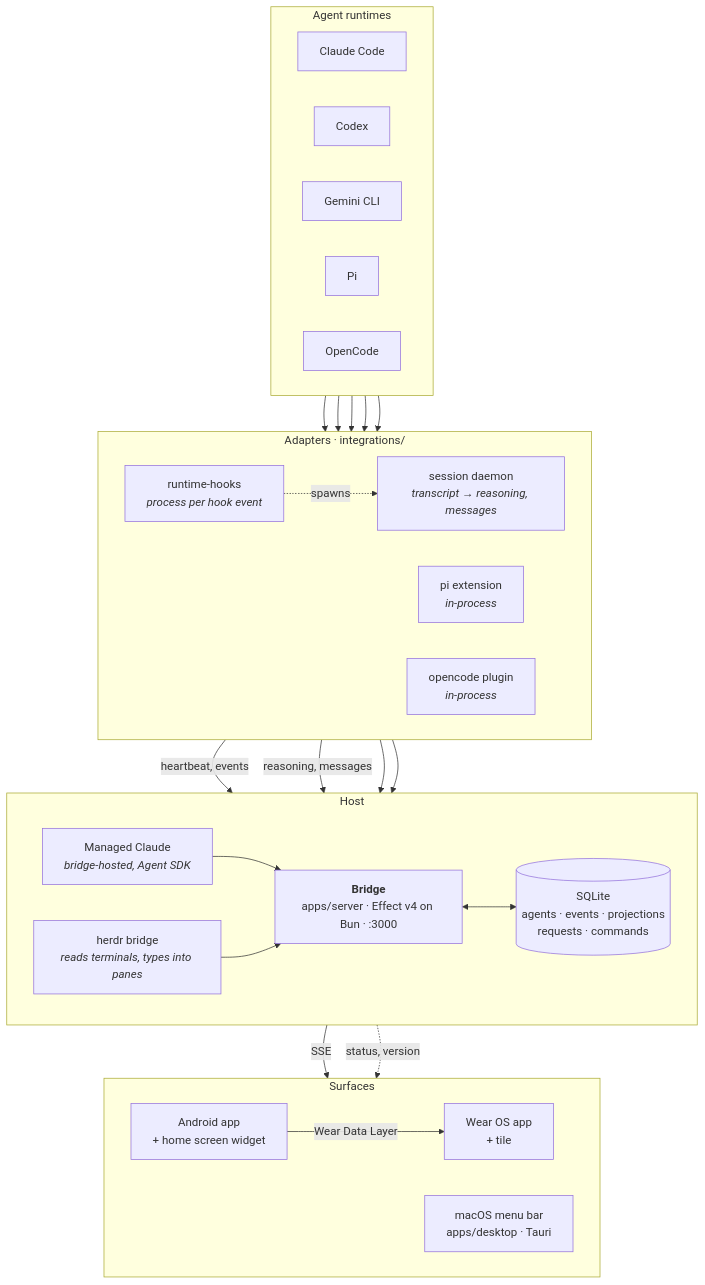
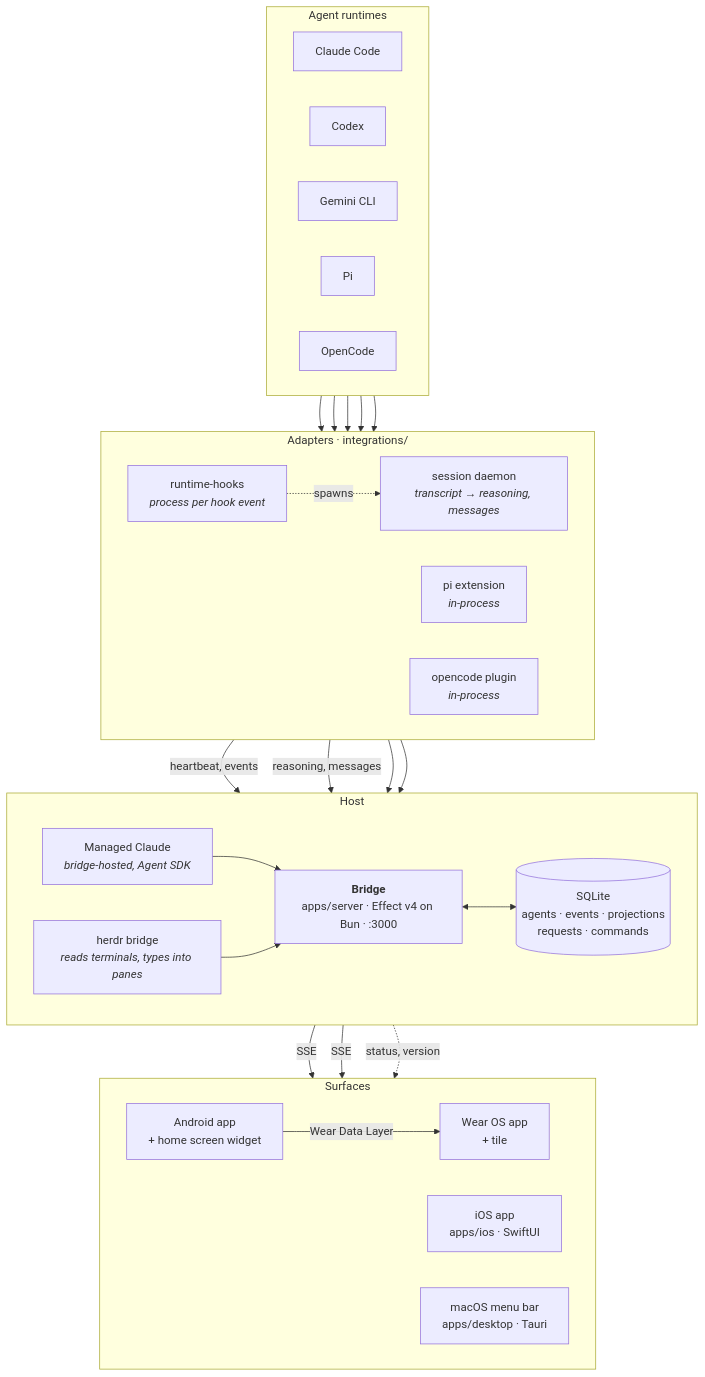
One commit to jagenaujagenau/agent-deck changed the first of 3 diagrams in README.md. Above: the diagram before and after it, drawn with Mermaid. The commit also changed other lines of this file and 4 other files, not shown here.

````diff
--- a/README.md
+++ b/README.md
@@ -20,53 +34,55 @@
 ```mermaid
 flowchart TB
     subgraph runtimes["Agent runtimes"]
         direction LR
         cc["Claude Code"]
         cx["Codex"]
         gm["Gemini CLI"]
         pi["Pi"]
         oc["OpenCode"]
     end
 
     subgraph adapters["Adapters · integrations/"]
         direction LR
         hooks["runtime-hooks<br><i>process per hook event</i>"]
         daemon["session daemon<br><i>transcript → reasoning, messages</i>"]
         piext["pi extension<br><i>in-process</i>"]
         ocplug["opencode plugin<br><i>in-process</i>"]
     end
 
     subgraph host["Host"]
         direction LR
         managed["Managed Claude<br><i>bridge-hosted, Agent SDK</i>"]
         bridge["<b>Bridge</b><br>apps/server · Effect v4 on Bun · :3000"]
         db[("SQLite<br>agents · events · projections<br>requests · commands")]
         herdrb["herdr bridge<br><i>reads terminals, types into panes</i>"]
     end
 
     subgraph surfaces["Surfaces"]
         direction LR
         phone["Android app<br>+ home screen widget"]
         watch["Wear OS app<br>+ tile"]
+        ios["iOS app<br>apps/ios · SwiftUI"]
         desk["macOS menu bar<br>apps/desktop · Tauri"]
     end
 
     cc --> hooks
     cx --> hooks
     gm --> hooks
     pi --> piext
     oc --> ocplug
     hooks -.spawns.-> daemon
 
     hooks -->|heartbeat, events| bridge
     daemon -->|reasoning, messages| bridge
     piext --> bridge
     ocplug --> bridge
     managed --> bridge
     herdrb --> bridge
     bridge <--> db
 
     bridge -->|SSE| phone
+    bridge -->|SSE| ios
     phone -->|Wear Data Layer| watch
     bridge -.->|status, version| desk
 ```
````
